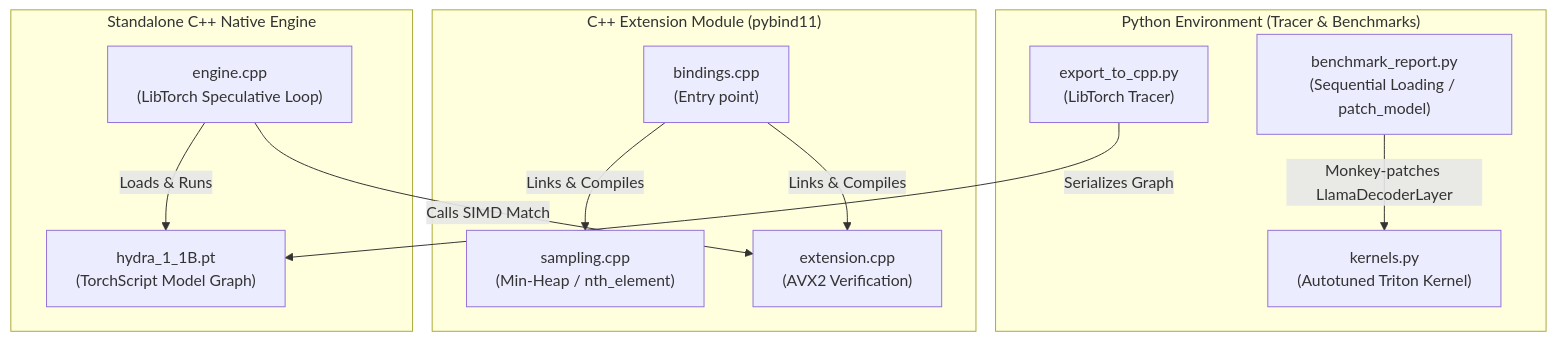
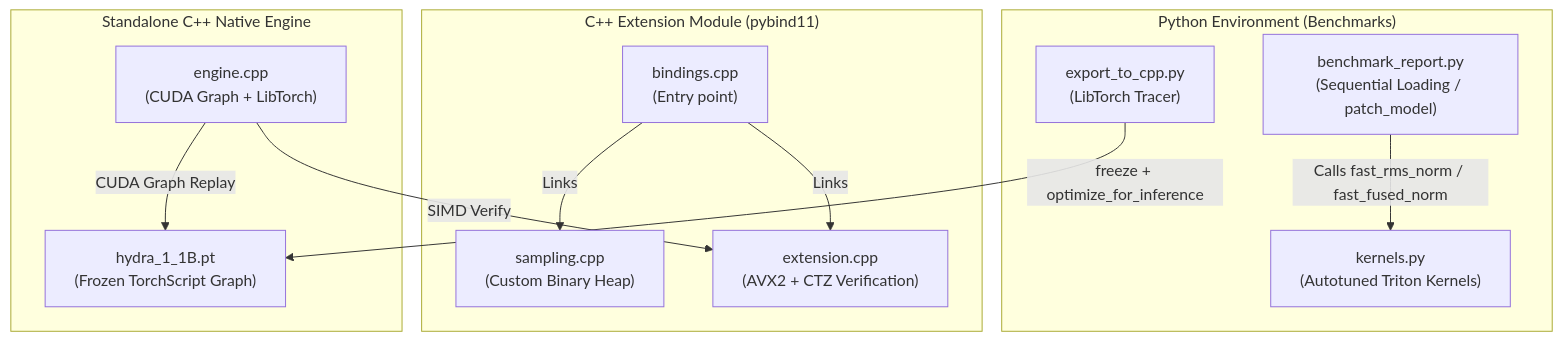
Before and after one commit to Nbit-51/Hydra_Engine: the diagram in README.md, drawn with Mermaid. The commit also changed other lines of this file and 10 other files, not shown here.

Commit message:
feat: Zero-Latency Engine with CUDA Graphs, Custom Min-Heap, and SIMD CTZ branchless mismatch detection

````diff
--- a/README.md
+++ b/README.md
@@ -32,26 +41,26 @@
 ```mermaid
 graph TD
-    subgraph "Python Environment (Tracer & Benchmarks)"
+    subgraph "Python Environment (Benchmarks)"
         BR["benchmark_report.py<br/>(Sequential Loading / patch_model)"]
         EX["export_to_cpp.py<br/>(LibTorch Tracer)"]
-        K["kernels.py<br/>(Autotuned Triton Kernel)"]
+        K["kernels.py<br/>(Autotuned Triton Kernels)"]
     end
 
     subgraph "C++ Extension Module (pybind11)"
         BI["bindings.cpp<br/>(Entry point)"]
-        SA["sampling.cpp<br/>(Min-Heap / nth_element)"]
-        EXT["extension.cpp<br/>(AVX2 Verification)"]
+        SA["sampling.cpp<br/>(Custom Binary Heap)"]
+        EXT["extension.cpp<br/>(AVX2 + CTZ Verification)"]
     end
 
     subgraph "Standalone C++ Native Engine"
-        EN["engine.cpp<br/>(LibTorch Speculative Loop)"]
-        PT["hydra_1_1B.pt<br/>(TorchScript Model Graph)"]
+        EN["engine.cpp<br/>(CUDA Graph + LibTorch)"]
+        PT["hydra_1_1B.pt<br/>(Frozen TorchScript Graph)"]
     end
 
-    BR -->|Monkey-patches LlamaDecoderLayer| K
-    EX -->|Serializes Graph| PT
-    BI -->|Links & Compiles| SA
-    BI -->|Links & Compiles| EXT
-    EN -->|Loads & Runs| PT
-    EN -->|Calls SIMD Match| EXT
+    BR -->|Calls fast_rms_norm / fast_fused_norm| K
+    EX -->|freeze + optimize_for_inference| PT
+    BI -->|Links| SA
+    BI -->|Links| EXT
+    EN -->|CUDA Graph Replay| PT
+    EN -->|SIMD Verify| EXT
 ```
````
